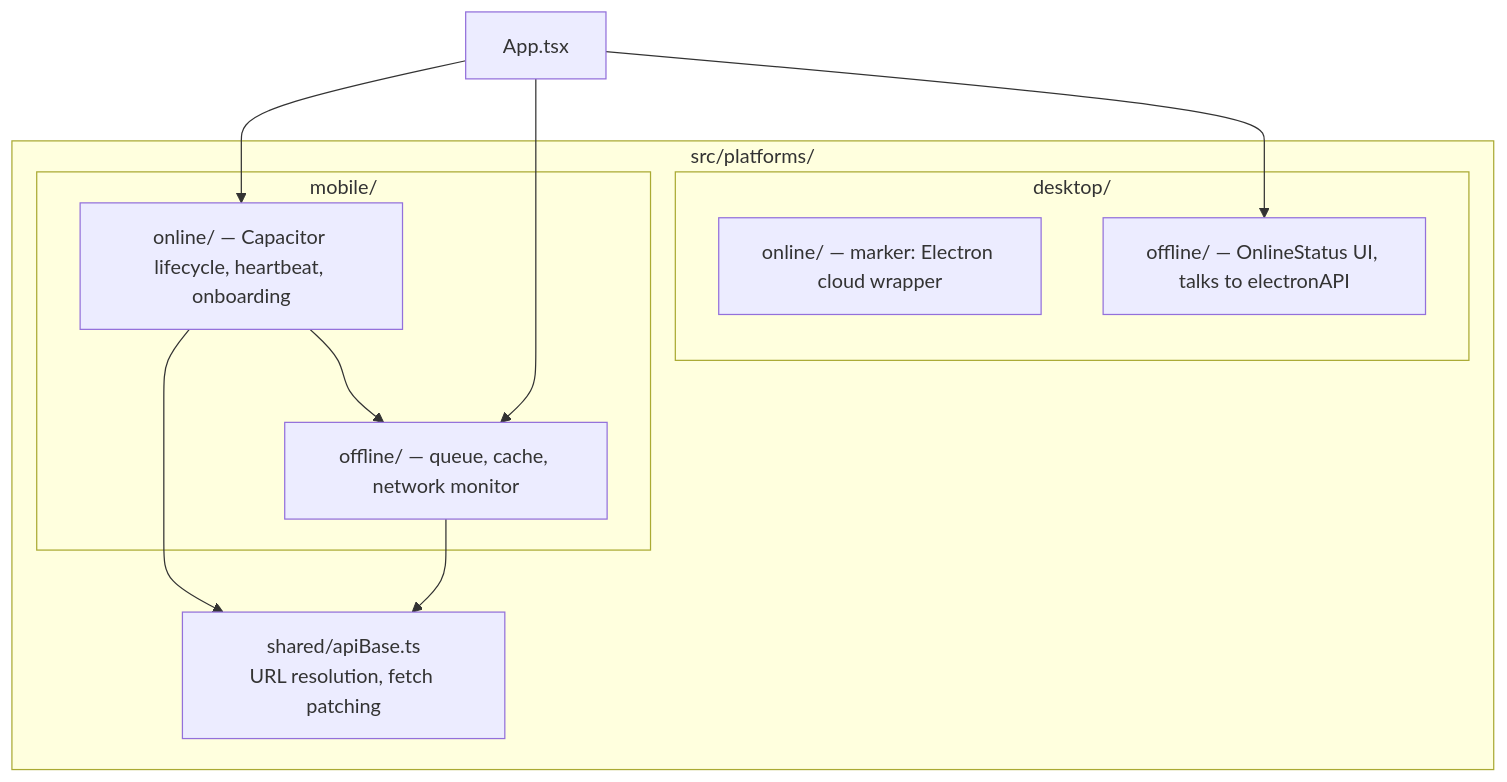
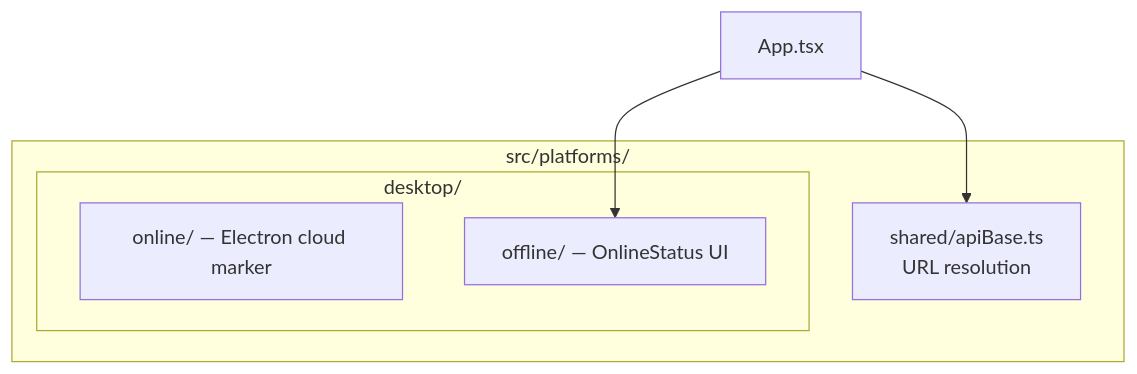
One commit to prathame/DG-ERP changed the diagram in engineering-academy/docs/frontend/platforms.md. Above: the diagram before and after it, drawn with Mermaid. The commit also changed other lines of this file and 65 other files, not shown here.

````diff
--- a/engineering-academy/docs/frontend/platforms.md
+++ b/engineering-academy/docs/frontend/platforms.md
@@ -10,20 +9,12 @@
 ```mermaid
 graph TD
     subgraph "src/platforms/"
-        Shared[shared/apiBase.ts<br/>URL resolution, fetch patching]
-        subgraph "mobile/"
-            MOnline[online/ — Capacitor lifecycle, heartbeat, onboarding]
-            MOffline[offline/ — queue, cache, network monitor]
-        end
+        Shared[shared/apiBase.ts<br/>URL resolution]
         subgraph "desktop/"
-            DOnline[online/ — marker: Electron cloud wrapper]
-            DOffline[offline/ — OnlineStatus UI, talks to electronAPI]
+            DOnline[online/ — Electron cloud marker]
+            DOffline[offline/ — OnlineStatus UI]
         end
     end
-    MOffline --> Shared
-    MOnline --> Shared
-    MOnline --> MOffline
-    App[App.tsx] --> MOnline
-    App --> MOffline
+    App[App.tsx] --> Shared
     App --> DOffline
 ```
````
